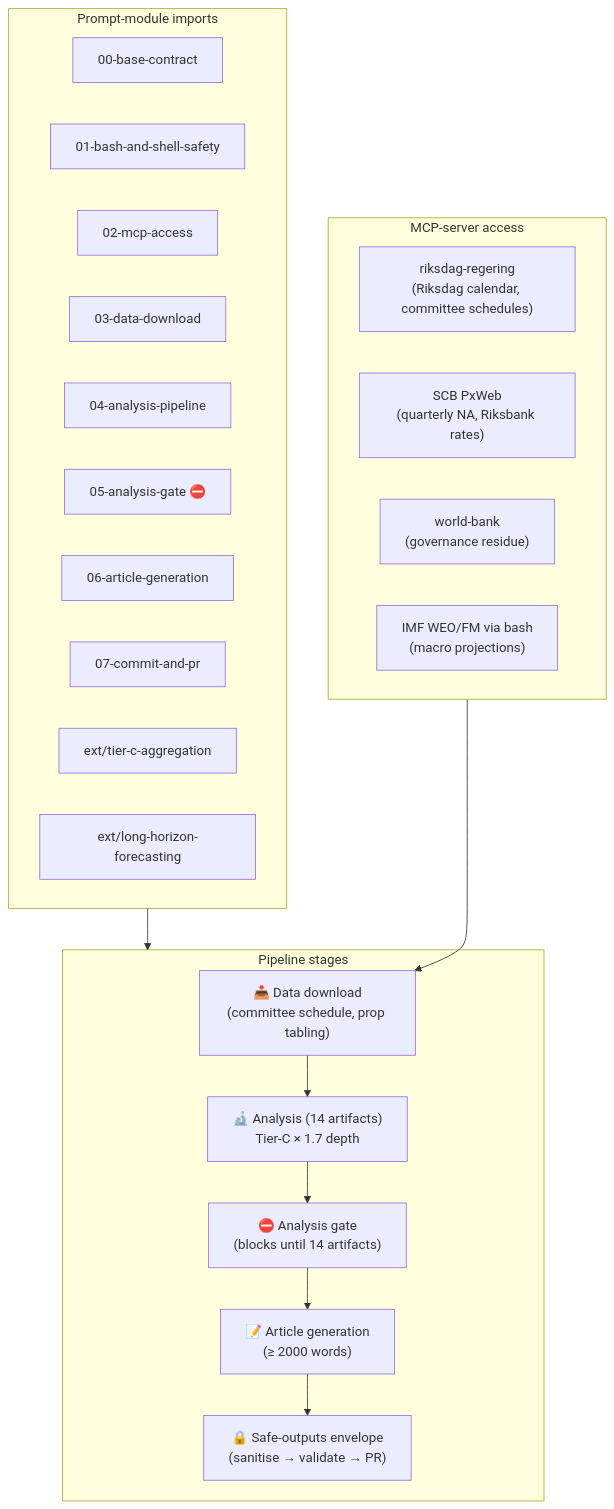
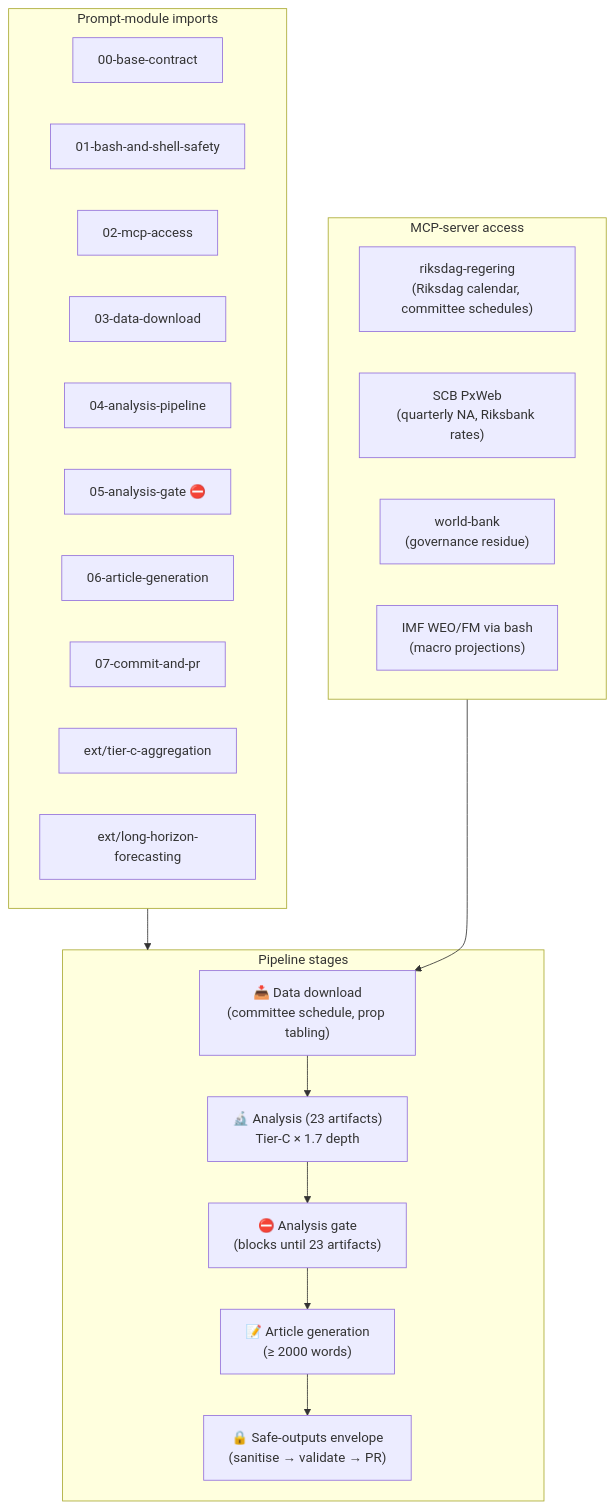
Before and after one commit to Hack23/riksdagsmonitor: diagram 13 of 20 in WORKFLOWS.md, drawn with Mermaid. The commit also changed other lines of this file, not shown here.

````diff
--- a/WORKFLOWS.md
+++ b/WORKFLOWS.md
@@ -1064,34 +1067,34 @@
 ```mermaid
 flowchart TD
     subgraph Imports["Prompt-module imports"]
         P00["00-base-contract"]
         P01["01-bash-and-shell-safety"]
         P02["02-mcp-access"]
         P03["03-data-download"]
         P04["04-analysis-pipeline"]
         P05["05-analysis-gate ⛔"]
         P06["06-article-generation"]
         P07["07-commit-and-pr"]
         EXT1["ext/tier-c-aggregation"]
         EXT2["ext/long-horizon-forecasting"]
     end
 
     subgraph MCP["MCP-server access"]
         RR["riksdag-regering<br/>(Riksdag calendar, committee schedules)"]
         SCB["SCB PxWeb<br/>(quarterly NA, Riksbank rates)"]
         WB["world-bank<br/>(governance residue)"]
         IMF["IMF WEO/FM via bash<br/>(macro projections)"]
     end
 
     subgraph Pipeline["Pipeline stages"]
         A1["📥 Data download<br/>(committee schedule, prop tabling)"]
-        A2["🔬 Analysis (14 artifacts)<br/>Tier-C × 1.7 depth"]
-        A3["⛔ Analysis gate<br/>(blocks until 14 artifacts)"]
+        A2["🔬 Analysis (23 artifacts)<br/>Tier-C × 1.7 depth"]
+        A3["⛔ Analysis gate<br/>(blocks until 23 artifacts)"]
         A4["📝 Article generation<br/>(≥ 2000 words)"]
         A5["🔒 Safe-outputs envelope<br/>(sanitise → validate → PR)"]
     end
 
     Imports --> Pipeline
     MCP --> A1
     A1 --> A2 --> A3 --> A4 --> A5
 ```
````
